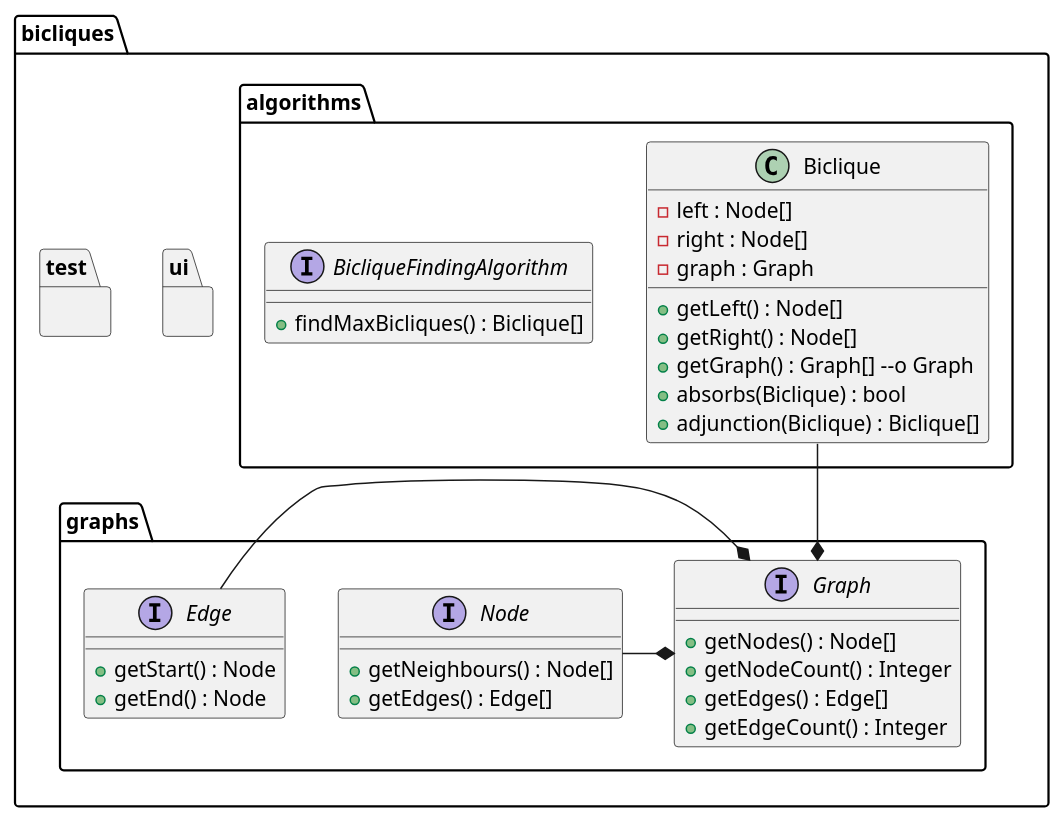
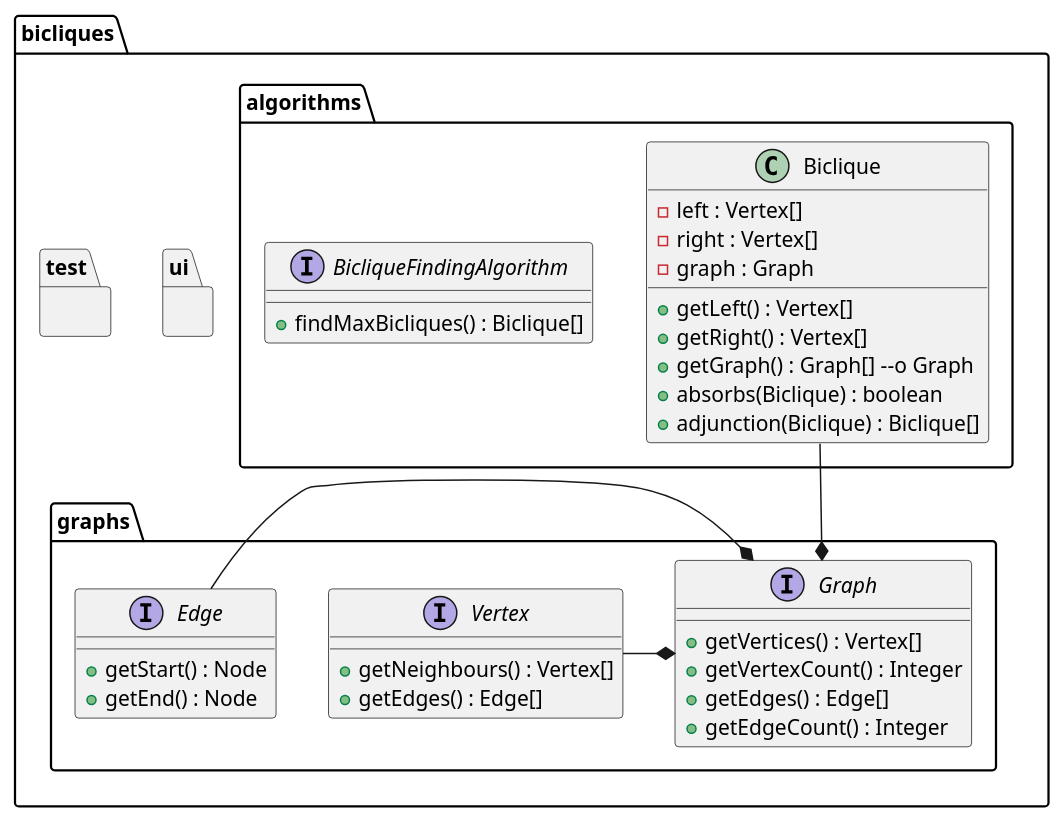
Before and after one commit to wirmius/max_bicliques: the diagram in class_diagram.puml, drawn with PlantUML.

Commit message:
Changed node to vertex :)

```diff
--- a/class_diagram.puml
+++ b/class_diagram.puml
@@ -17,73 +17,75 @@
 @startuml
 
 package bicliques {
 
 ' The graph section
 package bicliques.graphs {
 
   interface Graph {
-    {method}+ getNodes() : Node[]
-    {method}+ getNodeCount() : Integer
-    {method}+ getEdges() : Edge[]
-    {method}+ getEdgeCount() : Integer
+    {method} + getVertices() : Vertex[]
+    {method} + getVertexCount() : Integer
+    {method} + getEdges() : Edge[]
+    {method} + getEdgeCount() : Integer
   }
 
-  interface Node {
-    {method}+ getNeighbours() : Node[]
-    {method}+ getEdges() : Edge[]
+  interface Vertex {
+    {method} + getNeighbours() : Vertex[]
+    {method} + getEdges() : Edge[]
   }
   
   interface Edge {
-    {method}+ getStart() : Node
-    {method}+ getEnd() : Node
+    {method} + getStart() : Node
+    {method} + getEnd() : Node
   }
 
-  Node -* Graph
+  Vertex -* Graph
   Edge -* Graph
   
 }
 
 
 ' The UI section
 package bicliques.ui {
 
 /'
 For the UI part I say we need to come up with something, that can read in
 the text files (I don't want to be copying and pasting stuff in the windows
 every time I use it). - MI.
 '/
 
 }
 
 ' The algorithms section
 package bicliques.algorithms {
 
   class Biclique {
-    {field} - left : Node[]
-    {field} - right : Node[]
+    {field} - left : Vertex[]
+    {field} - right : Vertex[]
     {field} - graph : Graph
-    {method} + getLeft() : Node[]
-    {method} + getRight() : Node[]
+    {method} + getLeft() : Vertex[]
+    {method} + getRight() : Vertex[]
     {method} + getGraph() : Graph[] --o Graph
-    {method} + absorbs(Biclique) : bool
+    {method} + absorbs(Biclique) : boolean
     {method} + adjunction(Biclique) : Biclique[]
   }
 
   Biclique --* Graph
 
   interface BicliqueFindingAlgorithm {
     {method} + findMaxBicliques() : Biclique[]
   }
 
 }
 
 package bicliques.test {
 
-/' The testing that we will need. I say we use junit 4 or 5
-to make it more streamlined. -MI '/
+/'
+The testing that we will need. I say we use junit 4 or 5
+to make it more streamlined. -MI
+'/
 
 }
 
 }
 
 @enduml
```
